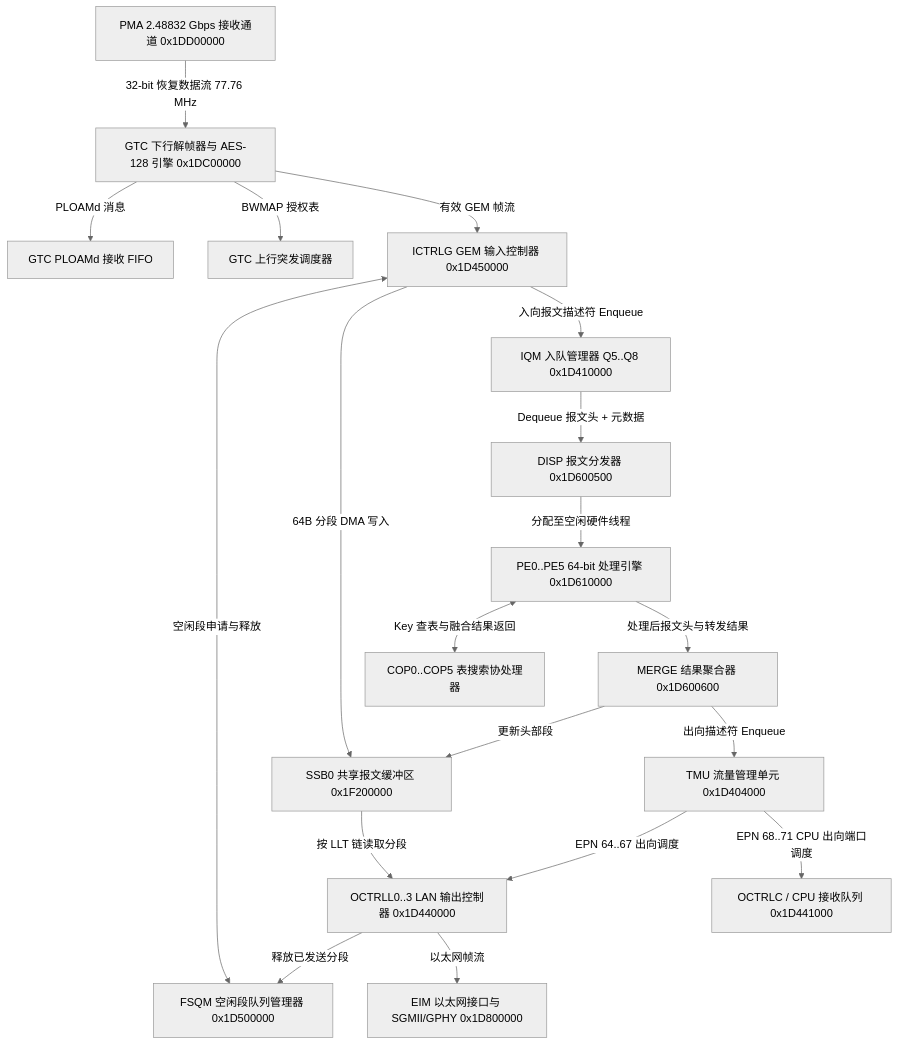
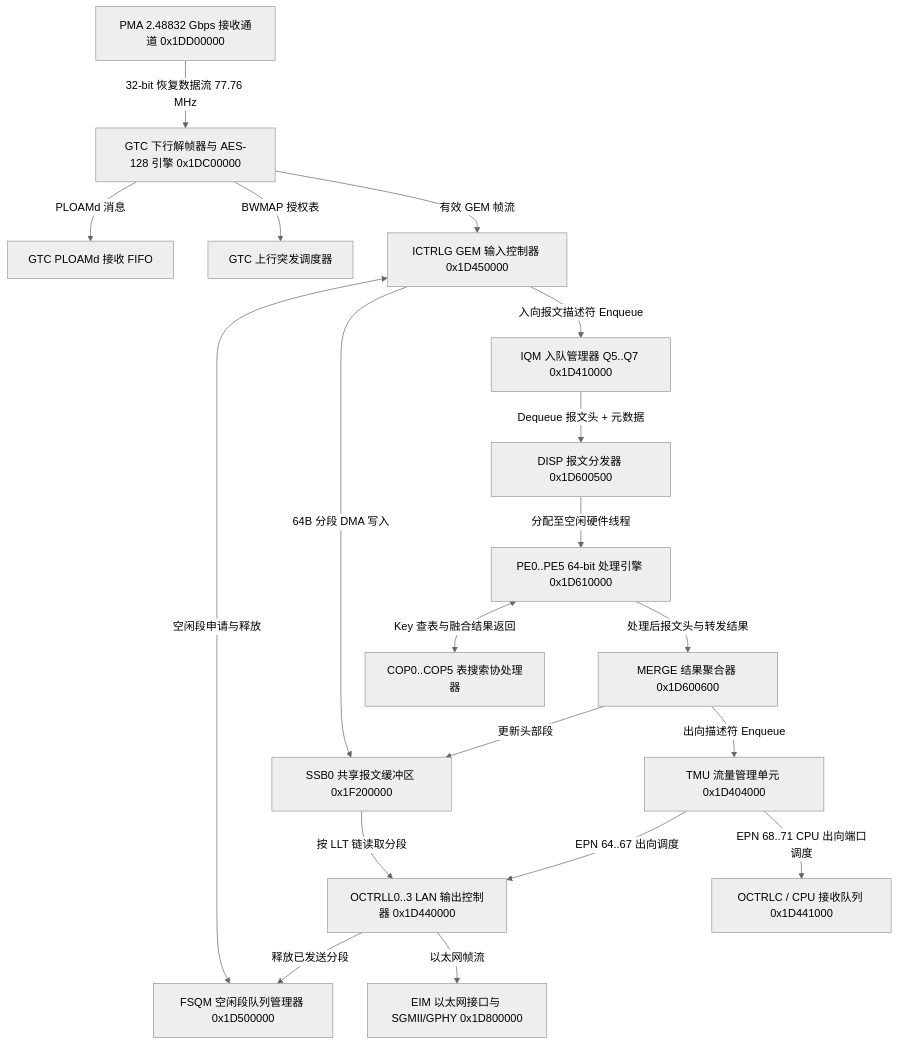
Before and after one commit to difanz/lantiq-falcon-s-docs: the diagram in 08_data_flow/01_rx_datapath.md, drawn with Mermaid (neutral theme). The commit also changed other lines of this file and 52 other files, not shown here.

````diff
--- a/08_data_flow/01_rx_datapath.md
+++ b/08_data_flow/01_rx_datapath.md
@@ -5,21 +5,21 @@
 ```mermaid
 flowchart TD
     PMA["PMA 2.48832 Gbps 接收通道 0x1DD00000"] -->|32-bit 恢复数据流 77.76 MHz| GTC["GTC 下行解帧器与 AES-128 引擎 0x1DC00000"]
     GTC -->|PLOAMd 消息| PLOAM_FIFO["GTC PLOAMd 接收 FIFO"]
     GTC -->|BWMAP 授权表| GTC_TX["GTC 上行突发调度器"]
     GTC -->|有效 GEM 帧流| ICTRLG["ICTRLG GEM 输入控制器 0x1D450000"]
     ICTRLG <-->|空闲段申请与释放| FSQM["FSQM 空闲段队列管理器 0x1D500000"]
     ICTRLG -->|64B 分段 DMA 写入| SSB0["SSB0 共享报文缓冲区 0x1F200000"]
-    ICTRLG -->|入向报文描述符 Enqueue| IQM["IQM 入队管理器 Q5..Q8 0x1D410000"]
+    ICTRLG -->|入向报文描述符 Enqueue| IQM["IQM 入队管理器 Q5..Q7 0x1D410000"]
     IQM -->|Dequeue 报文头 + 元数据| DISP["DISP 报文分发器 0x1D600500"]
     DISP -->|分配至空闲硬件线程| PE["PE0..PE5 64-bit 处理引擎 0x1D610000"]
     PE <-->|Key 查表与融合结果返回| COP["COP0..COP5 表搜索协处理器"]
     PE -->|处理后报文头与转发结果| MERGE["MERGE 结果聚合器 0x1D600600"]
     MERGE -->|更新头部段| SSB0
     MERGE -->|出向描述符 Enqueue| TMU["TMU 流量管理单元 0x1D404000"]
     TMU -->|EPN 64..67 出向调度| OCTRLL["OCTRLL0..3 LAN 输出控制器 0x1D440000"]
     TMU -->|EPN 68..71 CPU 出向端口调度| OCTRLC["OCTRLC / CPU 接收队列 0x1D441000"]
     SSB0 -->|按 LLT 链读取分段| OCTRLL
     OCTRLL -->|释放已发送分段| FSQM
     OCTRLL -->|以太网帧流| EIM["EIM 以太网接口与 SGMII/GPHY 0x1D800000"]
 ```
````
